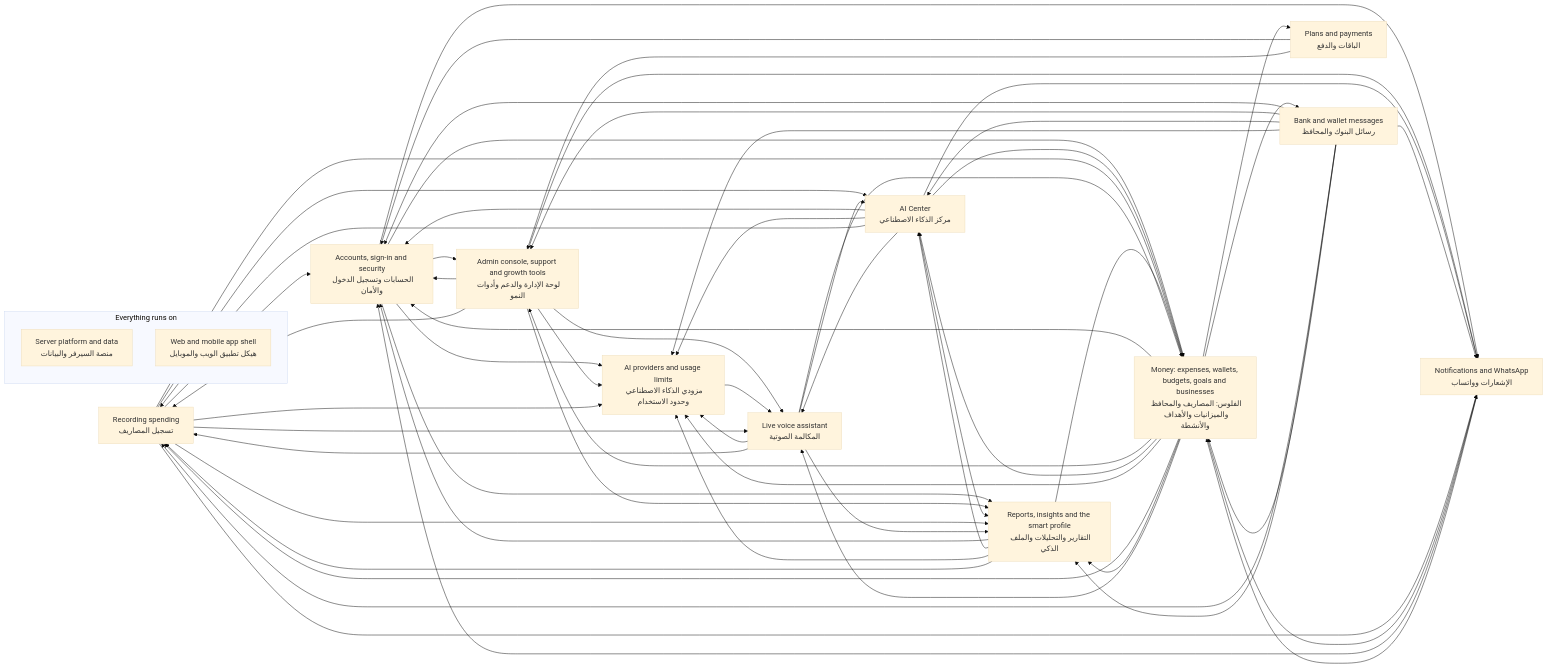
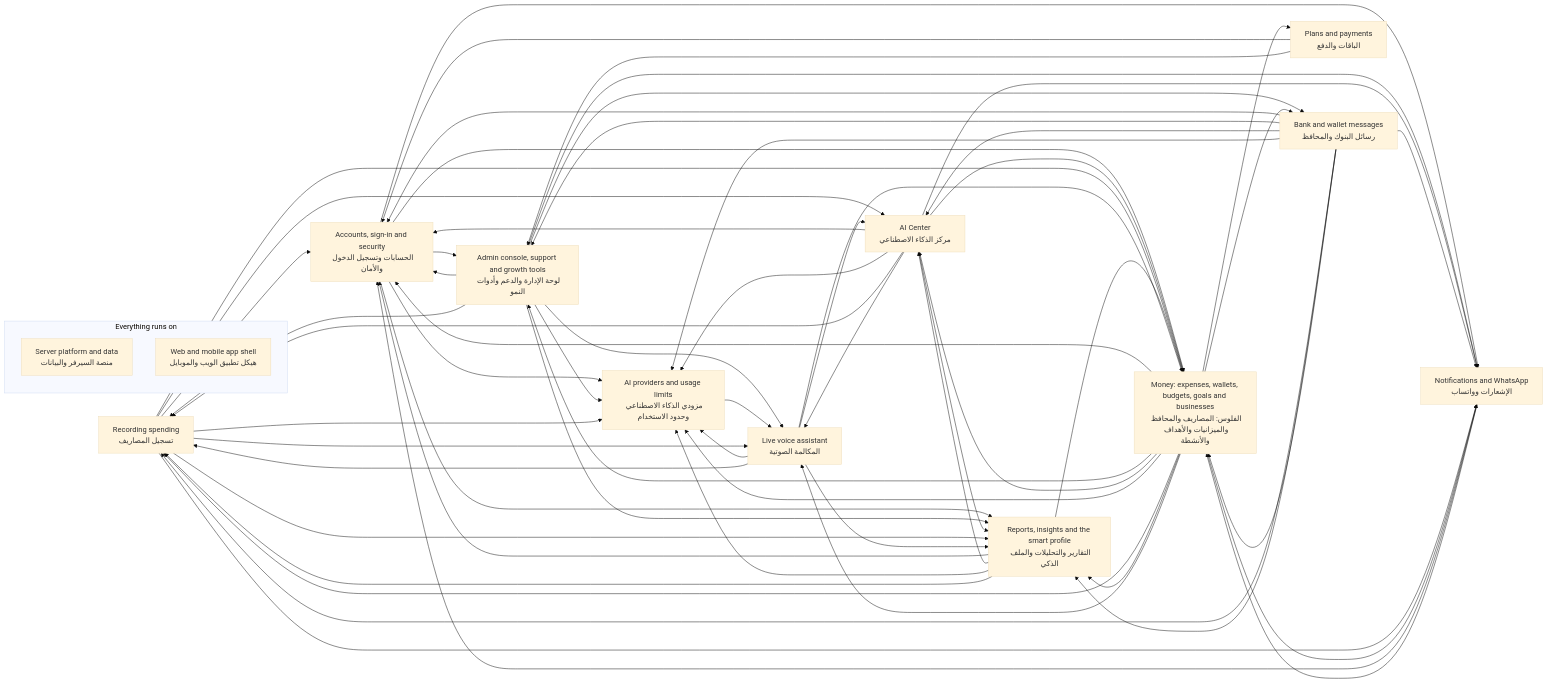
Before and after one commit to mahmoudtaherr111/smartspend_mini_all: the diagram in docs/atlas/systems/README.md, drawn with Mermaid (base theme). The commit also changed other lines of this file and 55 other files, not shown here.

````diff
--- a/docs/atlas/systems/README.md
+++ b/docs/atlas/systems/README.md
@@ -15,76 +15,77 @@
 ```mermaid
 flowchart LR
   sys_expense_capture["Recording spending<br/>تسجيل المصاريف"]
   sys_bank_messages["Bank and wallet messages<br/>رسائل البنوك والمحافظ"]
   sys_voice_calls["Live voice assistant<br/>المكالمة الصوتية"]
   sys_ai_center["AI Center<br/>مركز الذكاء الاصطناعي"]
   sys_insights["Reports, insights and the smart profile<br/>التقارير والتحليلات والملف الذكي"]
   sys_money["Money: expenses, wallets, budgets, goals and businesses<br/>الفلوس: المصاريف والمحافظ والميزانيات والأهداف والأنشطة"]
   sys_accounts["Accounts, sign-in and security<br/>الحسابات وتسجيل الدخول والأمان"]
   sys_billing["Plans and payments<br/>الباقات والدفع"]
   sys_notifications["Notifications and WhatsApp<br/>الإشعارات وواتساب"]
   sys_admin["Admin console, support and growth tools<br/>لوحة الإدارة والدعم وأدوات النمو"]
   sys_ai_platform["AI providers and usage limits<br/>مزودي الذكاء الاصطناعي وحدود الاستخدام"]
   subgraph g_foundation["Everything runs on"]
     sys_platform["Server platform and data<br/>منصة السيرفر والبيانات"]
     sys_web_app["Web and mobile app shell<br/>هيكل تطبيق الويب والموبايل"]
   end
   sys_accounts --> sys_admin
   sys_accounts --> sys_ai_platform
   sys_accounts --> sys_insights
   sys_accounts --> sys_money
   sys_accounts --> sys_notifications
   sys_admin --> sys_accounts
   sys_admin --> sys_ai_platform
+  sys_admin --> sys_bank_messages
   sys_admin --> sys_expense_capture
   sys_admin --> sys_insights
   sys_admin --> sys_notifications
   sys_admin --> sys_voice_calls
   sys_ai_center --> sys_accounts
   sys_ai_center --> sys_ai_platform
   sys_ai_center --> sys_expense_capture
   sys_ai_center --> sys_insights
   sys_ai_center --> sys_money
   sys_ai_center --> sys_notifications
   sys_ai_center --> sys_voice_calls
   sys_ai_platform --> sys_voice_calls
   sys_bank_messages --> sys_accounts
   sys_bank_messages --> sys_admin
   sys_bank_messages --> sys_ai_center
   sys_bank_messages --> sys_ai_platform
   sys_bank_messages --> sys_expense_capture
   sys_bank_messages --> sys_insights
   sys_bank_messages --> sys_money
   sys_bank_messages --> sys_notifications
   sys_billing --> sys_accounts
   sys_billing --> sys_admin
   sys_expense_capture --> sys_accounts
   sys_expense_capture --> sys_ai_center
   sys_expense_capture --> sys_ai_platform
   sys_expense_capture --> sys_insights
   sys_expense_capture --> sys_money
   sys_expense_capture --> sys_notifications
   sys_expense_capture --> sys_voice_calls
   sys_insights --> sys_accounts
   sys_insights --> sys_ai_center
   sys_insights --> sys_ai_platform
   sys_insights --> sys_expense_capture
   sys_insights --> sys_money
   sys_money --> sys_accounts
   sys_money --> sys_admin
   sys_money --> sys_ai_center
   sys_money --> sys_ai_platform
   sys_money --> sys_bank_messages
   sys_money --> sys_billing
   sys_money --> sys_expense_capture
   sys_money --> sys_insights
   sys_money --> sys_notifications
   sys_money --> sys_voice_calls
   sys_notifications --> sys_accounts
   sys_notifications --> sys_money
   sys_voice_calls --> sys_ai_center
   sys_voice_calls --> sys_ai_platform
   sys_voice_calls --> sys_expense_capture
   sys_voice_calls --> sys_insights
   sys_voice_calls --> sys_money
 ```
````
